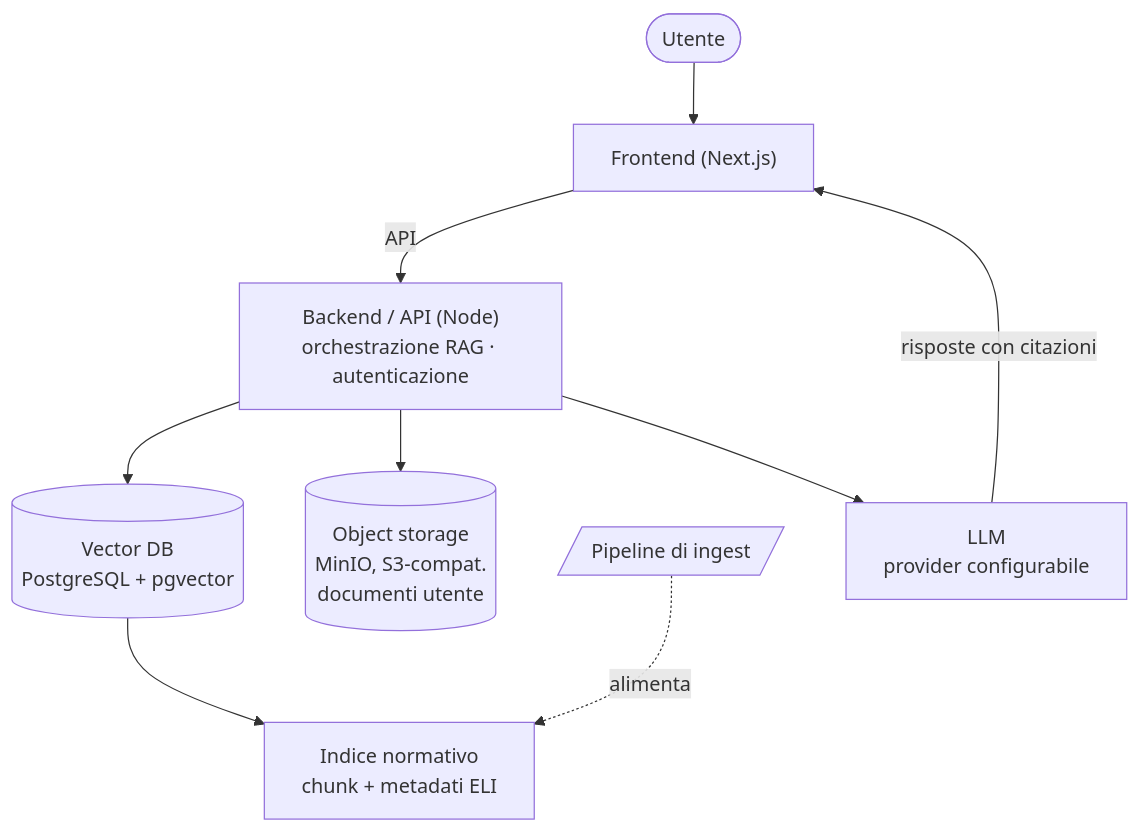
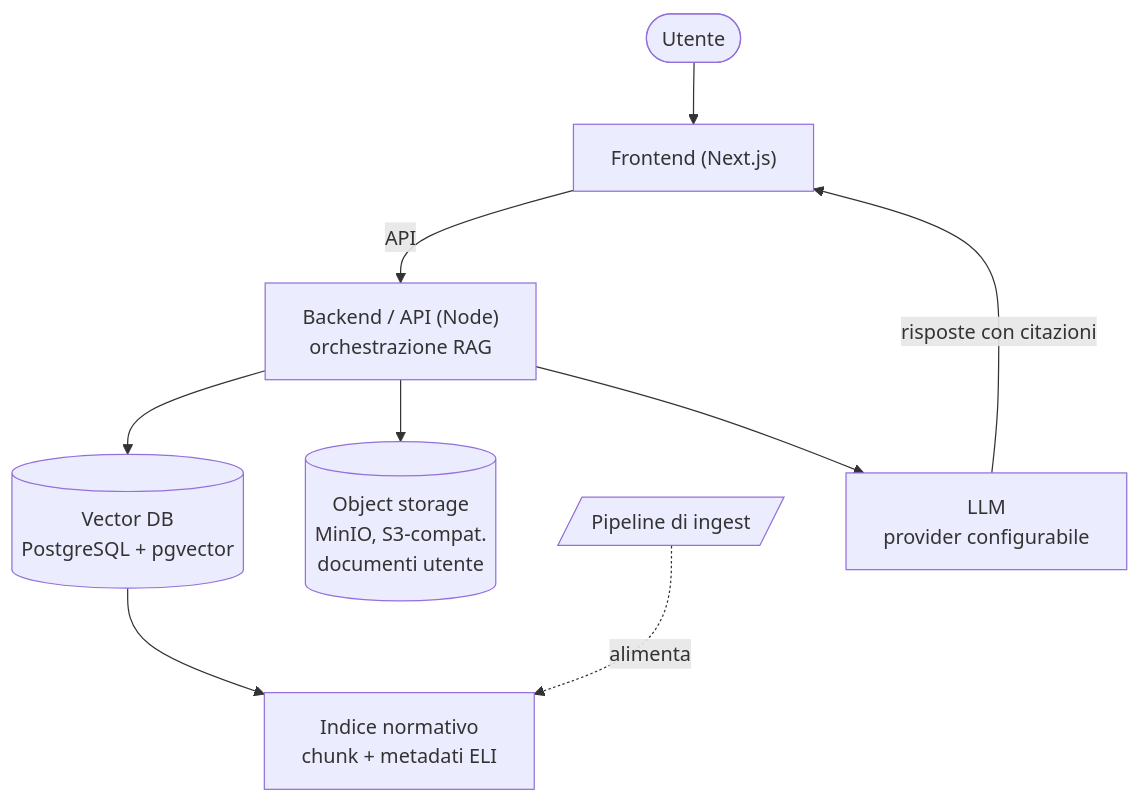
One commit to ndrkltsk/Italian-OSS-Legal-Platform changed the diagram in knowledge/architettura/index.md. Above: the diagram before and after it, drawn with Mermaid. The commit also changed other lines of this file and 53 other files, not shown here.

````diff
--- a/knowledge/architettura/index.md
+++ b/knowledge/architettura/index.md
@@ -15,20 +15,20 @@
 ```mermaid
 flowchart TD
     Utente(["Utente"])
     FE["Frontend (Next.js)"]
-    BE["Backend / API (Node)<br/>orchestrazione RAG · autenticazione"]
+    BE["Backend / API (Node)<br/>orchestrazione RAG"]
     VDB[("Vector DB<br/>PostgreSQL + pgvector")]
     OS[("Object storage<br/>MinIO, S3-compat.<br/>documenti utente")]
     IDX["Indice normativo<br/>chunk + metadati ELI"]
     Pipe[/"Pipeline di ingest"/]
     LLM["LLM<br/>provider configurabile"]
 
     Utente --> FE
     FE -->|API| BE
     BE --> VDB
     BE --> OS
     VDB --> IDX
     Pipe -. alimenta .-> IDX
     BE --> LLM
     LLM -->|risposte con citazioni| FE
 ```
````
